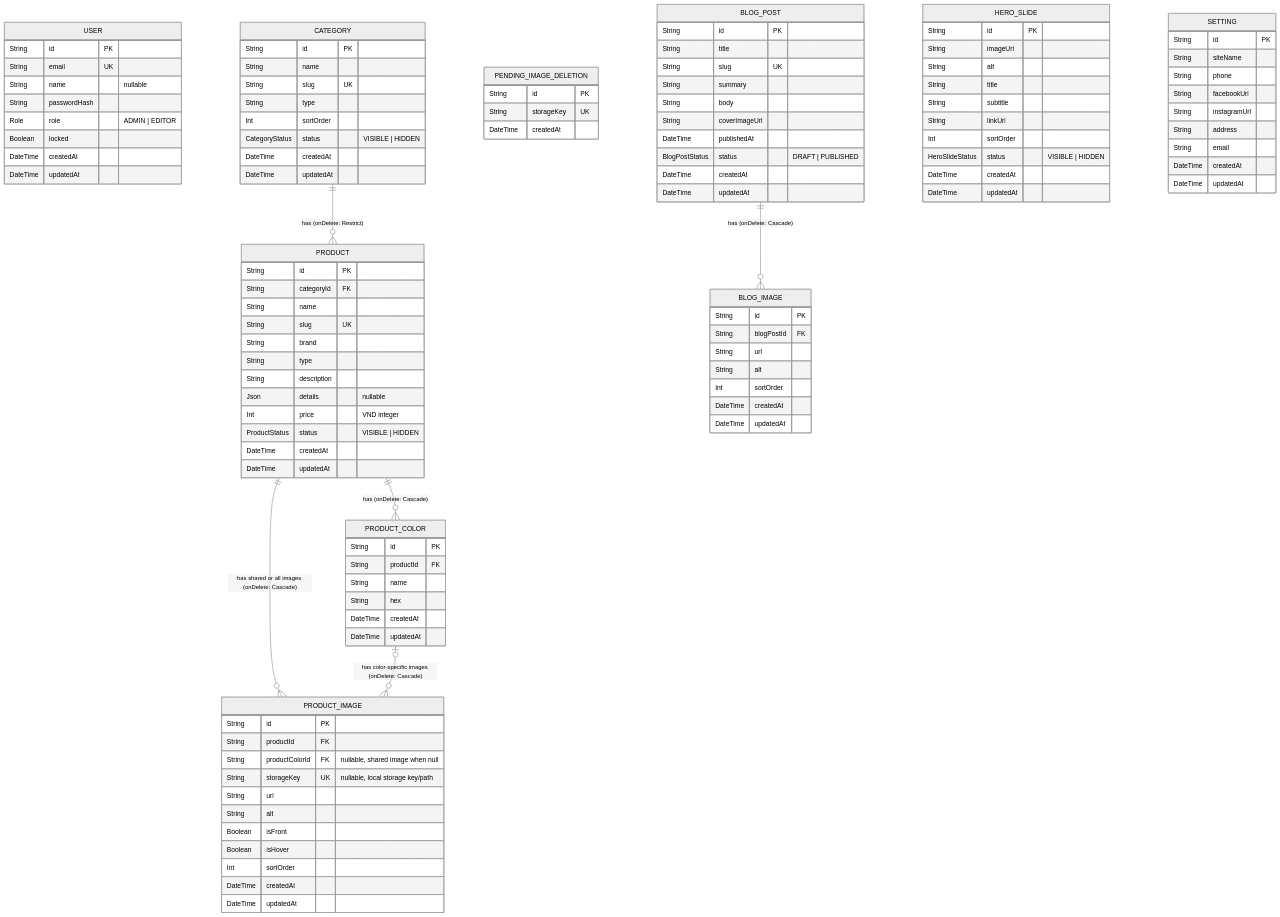
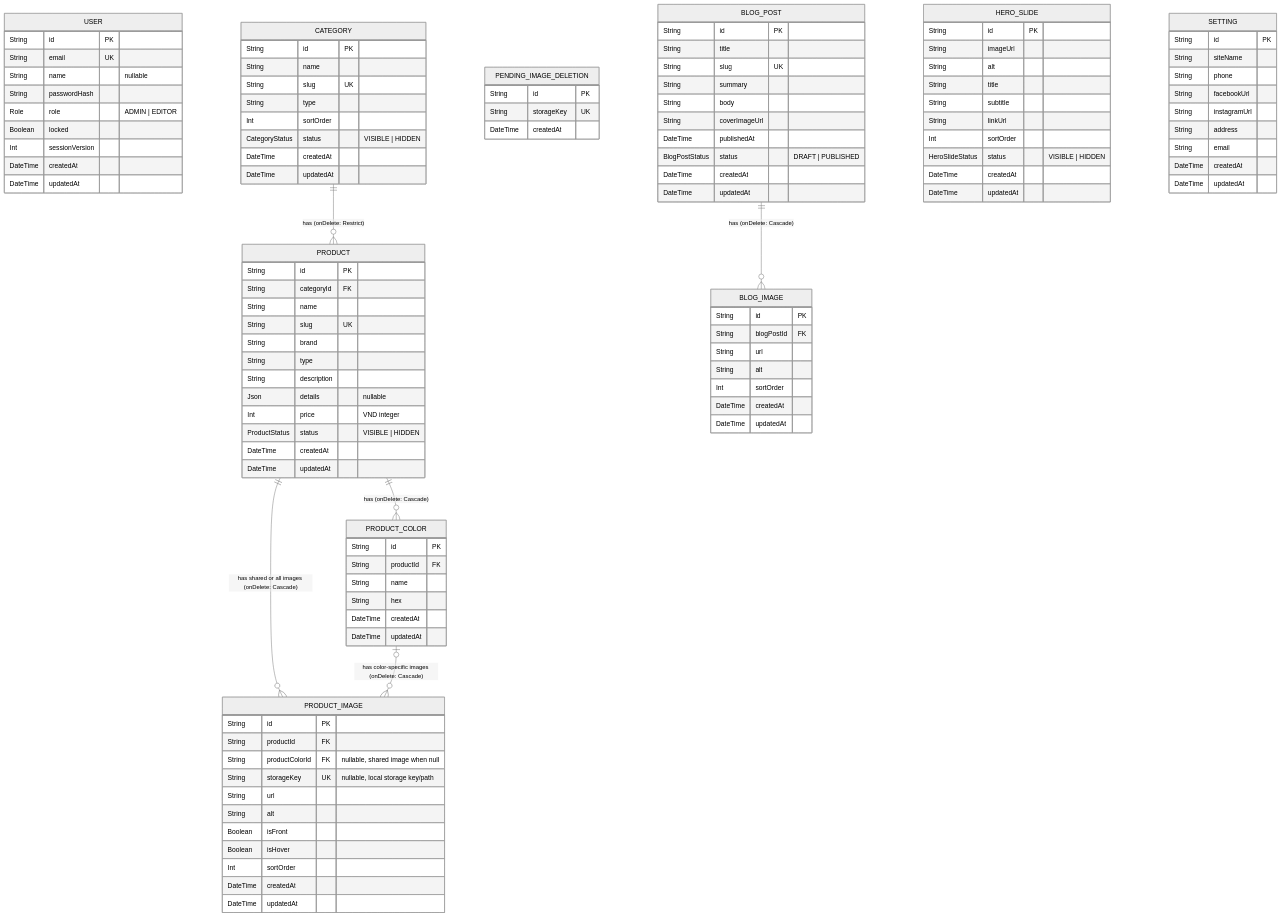
Before and after one commit to khanhtung2410/ant-jewelry: the diagram in docs/ERD.md, drawn with Mermaid (neutral theme). The commit also changed 20 other files, not shown here.

```diff
--- a/docs/ERD.md
+++ b/docs/ERD.md
@@ -11,6 +11,7 @@
         String passwordHash
         Role role "ADMIN | EDITOR"
         Boolean locked
+        Int sessionVersion
         DateTime createdAt
         DateTime updatedAt
     }
```
